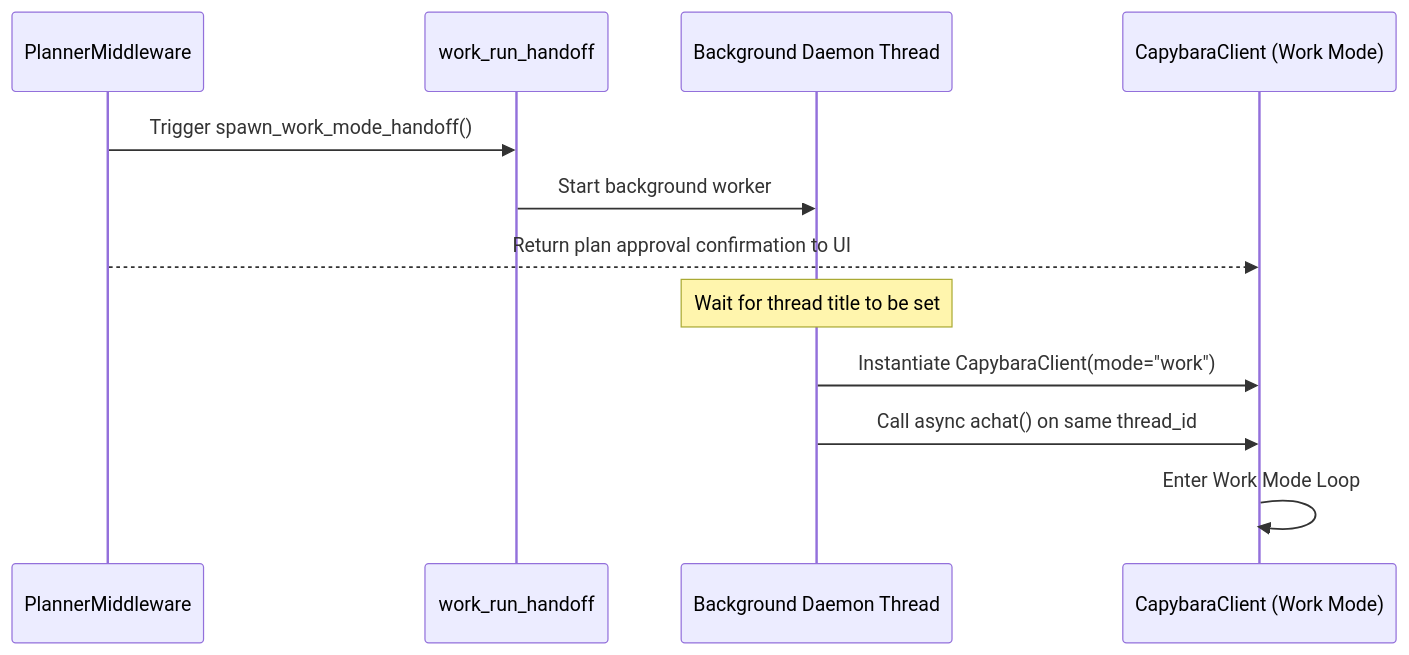
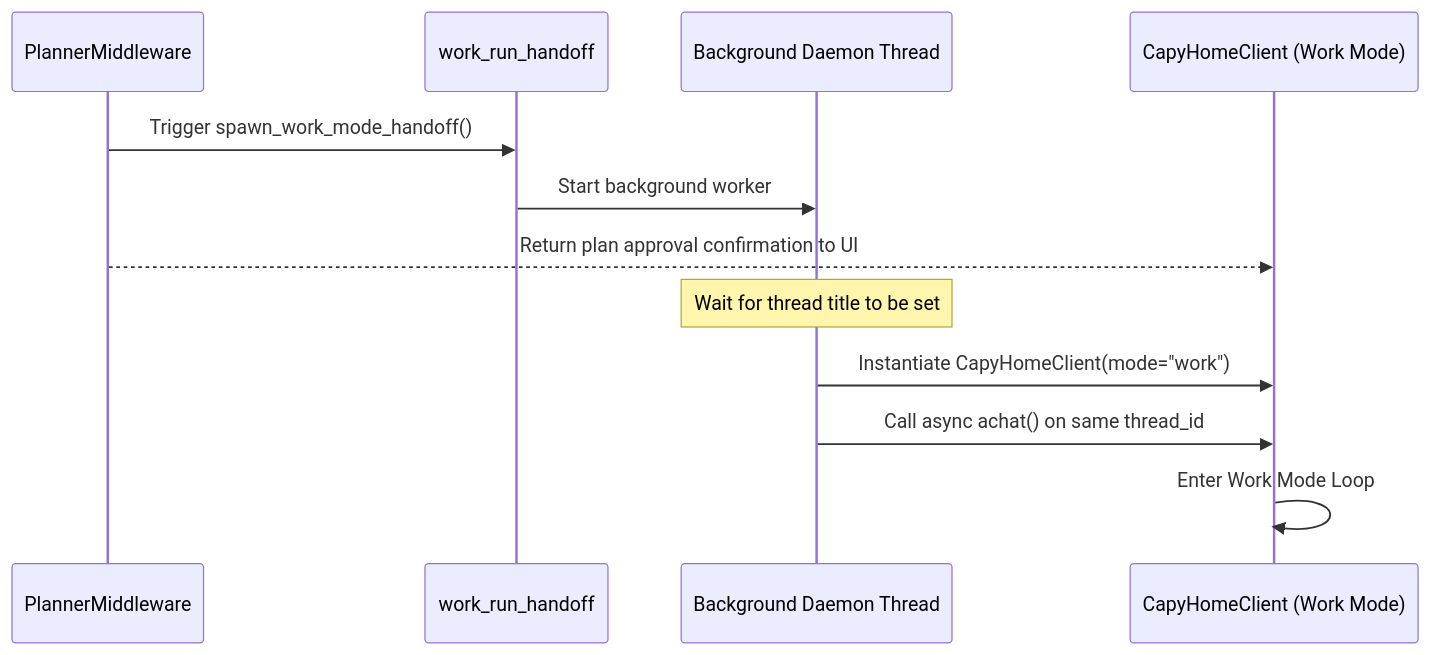
The fourth of 5 diagrams in docs/agent-system/lead-agent-harness-analysis.md (yilongchua/CapyHome), drawn with Mermaid before and after one commit. The commit also changed other lines of this file and 17 other files, not shown here.

First line of the commit message:
chore: rename Capybara Home → CapyHome in docs/ tree

````diff
--- a/docs/agent-system/lead-agent-harness-analysis.md
+++ b/docs/agent-system/lead-agent-harness-analysis.md
@@ -156,15 +156,15 @@
 ```mermaid
 sequenceDiagram
     participant Planner as PlannerMiddleware
     participant Handoff as work_run_handoff
     participant Daemon as Background Daemon Thread
-    participant Client as CapybaraClient (Work Mode)
+    participant Client as CapyHomeClient (Work Mode)
     
     Planner->>Handoff: Trigger spawn_work_mode_handoff()
     Handoff->>Daemon: Start background worker
     Planner-->>Client: Return plan approval confirmation to UI
     Note over Daemon: Wait for thread title to be set
-    Daemon->>Client: Instantiate CapybaraClient(mode="work")
+    Daemon->>Client: Instantiate CapyHomeClient(mode="work")
     Daemon->>Client: Call async achat() on same thread_id
     Client->>Client: Enter Work Mode Loop
 ```
````
